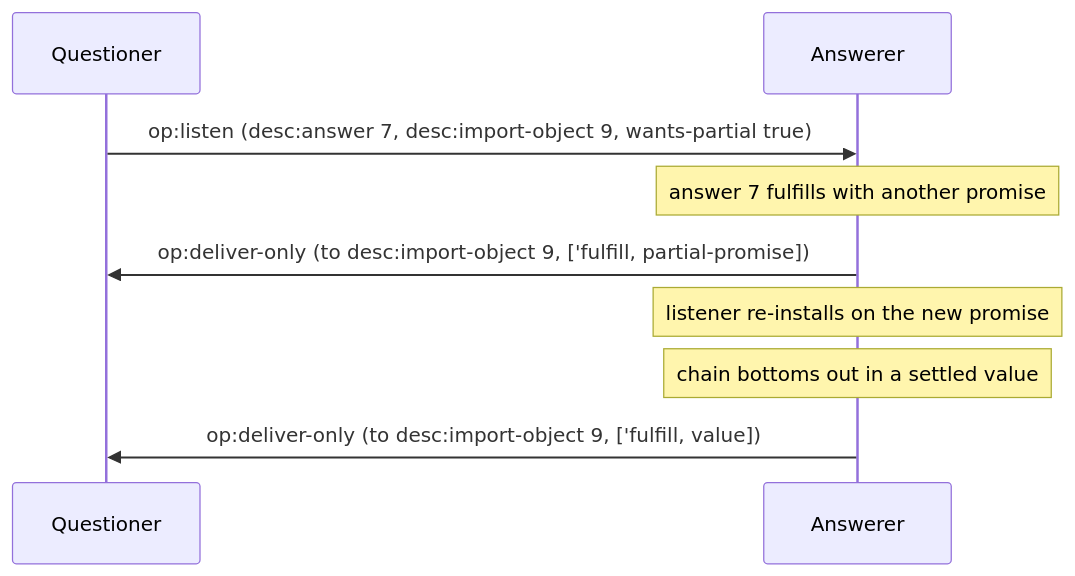
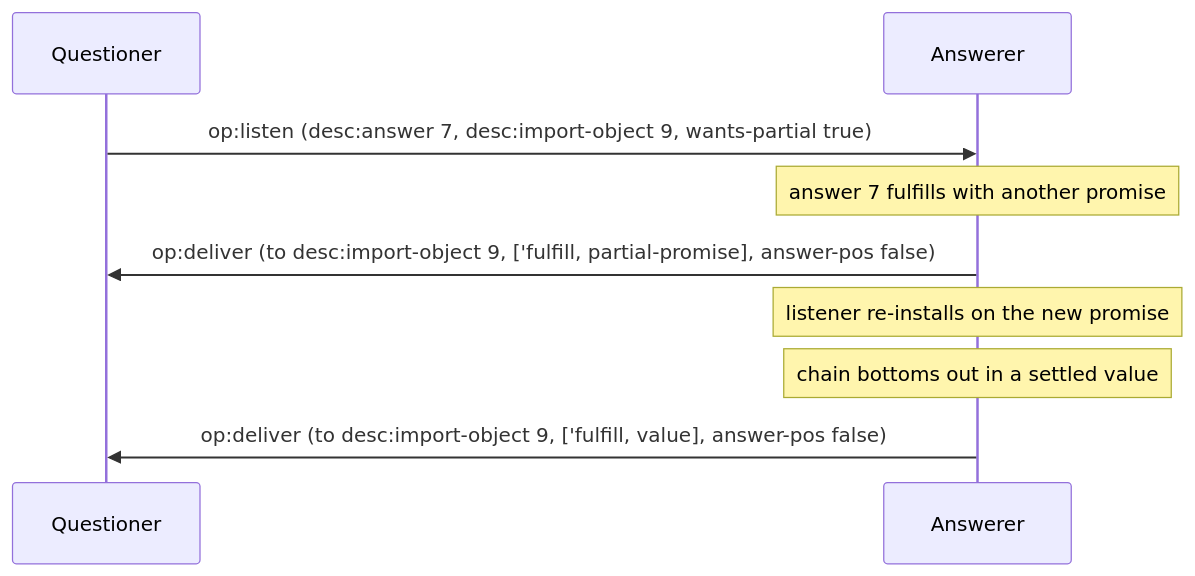
Before and after one commit to glowcap-org/glowcap: the sixth of 7 diagrams in docs/captp-examples/03-promises-and-pipelining.md, drawn with Mermaid. The commit also changed other lines of this file and 216 other files, not shown here.

````diff
--- a/docs/captp-examples/03-promises-and-pipelining.md
+++ b/docs/captp-examples/03-promises-and-pipelining.md
@@ -95,11 +95,11 @@
 ```mermaid
 sequenceDiagram
     participant Q as Questioner
     participant R as Answerer
     Q->>R: op:listen (desc:answer 7, desc:import-object 9, wants-partial true)
     Note over R: answer 7 fulfills with another promise
-    R->>Q: op:deliver-only (to desc:import-object 9, ['fulfill, partial-promise])
+    R->>Q: op:deliver (to desc:import-object 9, ['fulfill, partial-promise], answer-pos false)
     Note over R: listener re-installs on the new promise
     Note over R: chain bottoms out in a settled value
-    R->>Q: op:deliver-only (to desc:import-object 9, ['fulfill, value])
+    R->>Q: op:deliver (to desc:import-object 9, ['fulfill, value], answer-pos false)
 ```
````
